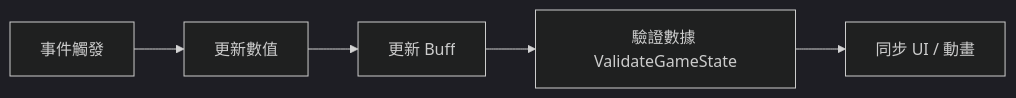
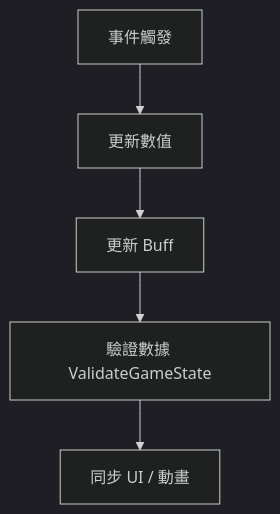
Before and after one commit to laplus-x/worklog: the second of 2 diagrams in docs/latest/specifications/balance/fe.md, drawn with Mermaid (dark theme). The commit also changed 4 other files, not shown here.

Commit message:
fix(docs/latest/specifications): 修復 mermaid 格式錯誤

````diff
--- a/docs/latest/specifications/balance/fe.md
+++ b/docs/latest/specifications/balance/fe.md
@@ -55,7 +55,7 @@
 ```mermaid
-flowchart LR
+flowchart TD
     A[事件觸發] --> B[更新數值]
     B --> C[更新 Buff]
     C --> D[驗證數據 ValidateGameState]
     D --> E[同步 UI / 動畫]
 ```
````
